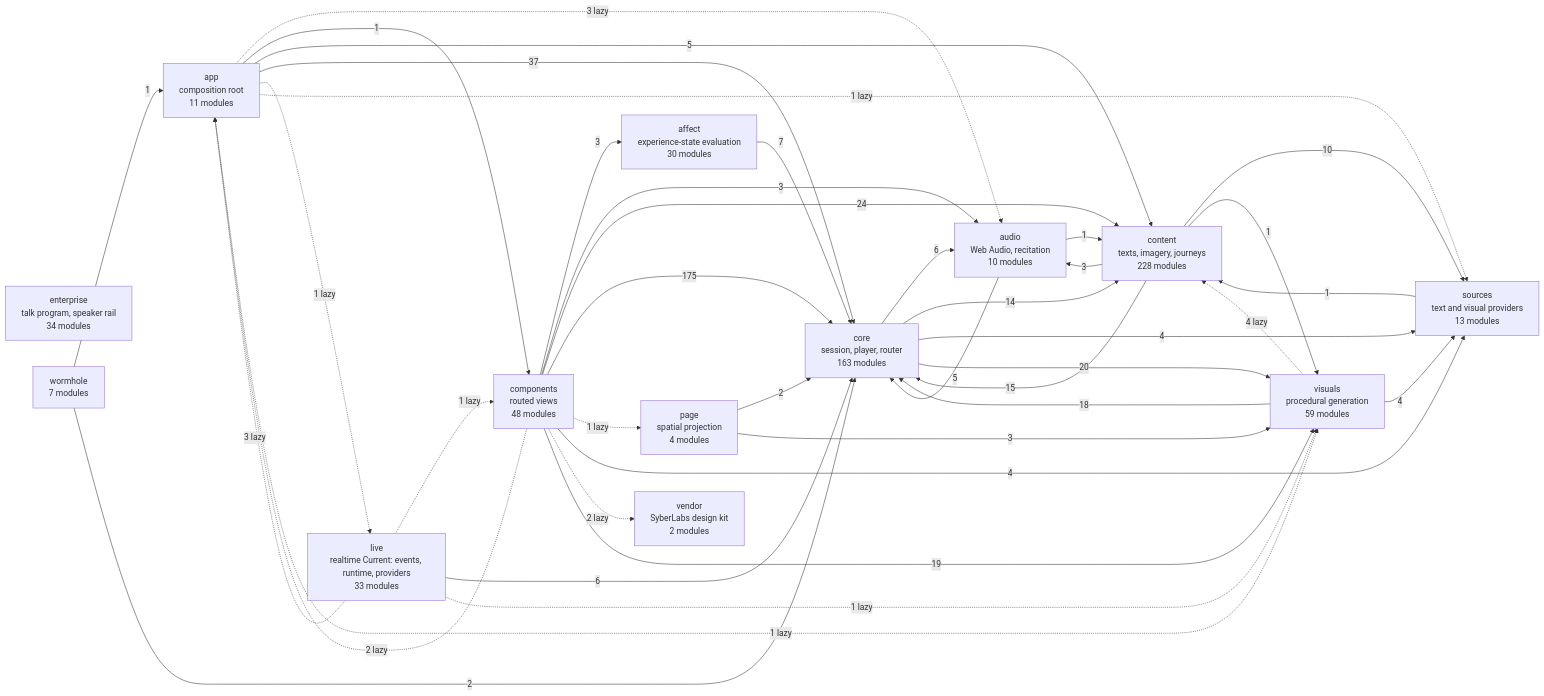
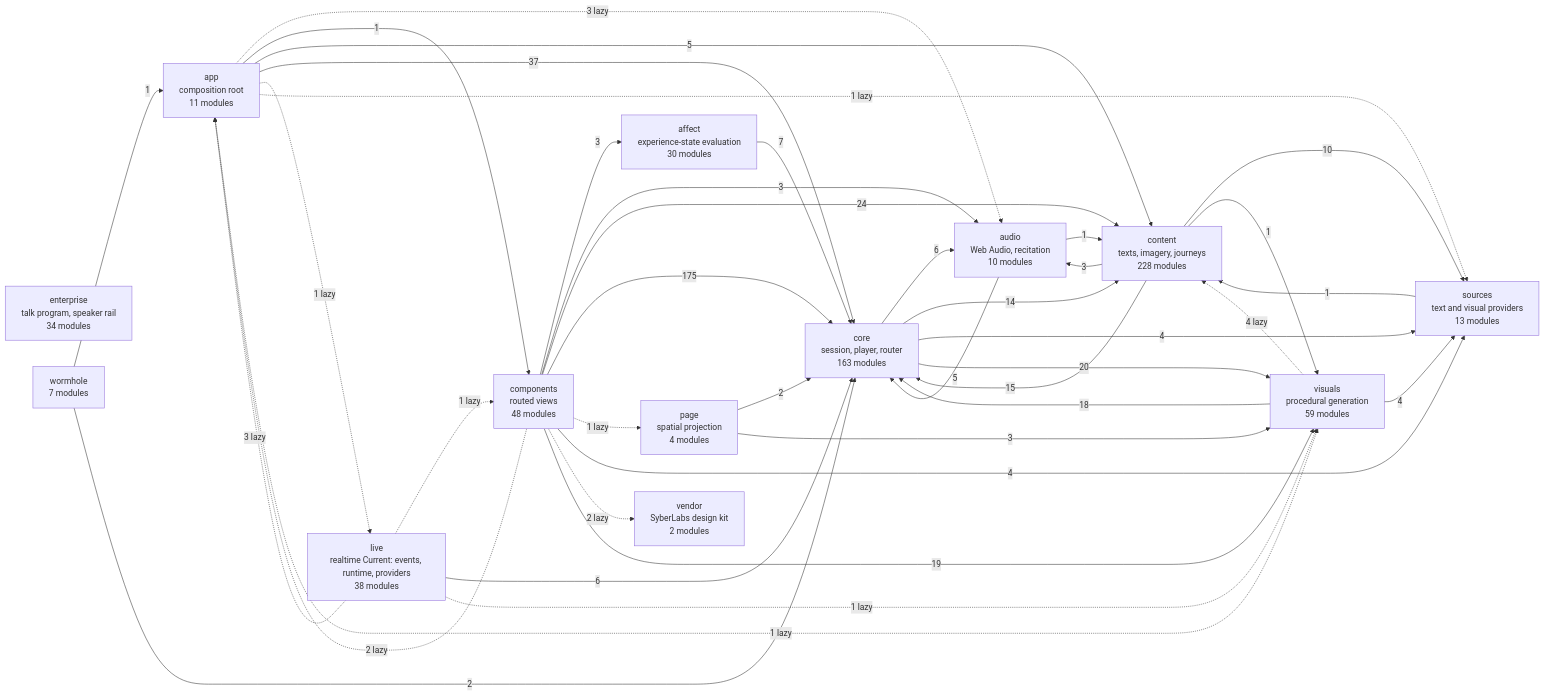
Before and after one commit to SyberLabs/RISE: the diagram in docs/specs/ARCHITECTURE.md, drawn with Mermaid. The commit also changed other lines of this file and 32 other files, not shown here.

````diff
--- a/docs/specs/ARCHITECTURE.md
+++ b/docs/specs/ARCHITECTURE.md
@@ -160,56 +160,56 @@
 ```mermaid
 flowchart LR
     affect["affect<br/>experience-state evaluation<br/>30 modules"]
     app["app<br/>composition root<br/>11 modules"]
     audio["audio<br/>Web Audio, recitation<br/>10 modules"]
     components["components<br/>routed views<br/>48 modules"]
     content["content<br/>texts, imagery, journeys<br/>228 modules"]
     core["core<br/>session, player, router<br/>163 modules"]
     enterprise["enterprise<br/>talk program, speaker rail<br/>34 modules"]
-    live["live<br/>realtime Current: events, runtime, providers<br/>33 modules"]
+    live["live<br/>realtime Current: events, runtime, providers<br/>38 modules"]
     page["page<br/>spatial projection<br/>4 modules"]
     sources["sources<br/>text and visual providers<br/>13 modules"]
     vendor["vendor<br/>SyberLabs design kit<br/>2 modules"]
     visuals["visuals<br/>procedural generation<br/>59 modules"]
     wormhole["wormhole<br/>7 modules"]
 
     affect --> |7| core
     app -.-> |3 lazy| audio
     app --> |1| components
     app --> |5| content
     app --> |37| core
     app -.-> |1 lazy| live
     app -.-> |1 lazy| sources
     app -.-> |1 lazy| visuals
     audio --> |1| content
     audio --> |5| core
     components --> |3| affect
     components -.-> |2 lazy| app
     components --> |3| audio
     components --> |24| content
     components --> |175| core
     components -.-> |1 lazy| page
     components --> |4| sources
     components -.-> |2 lazy| vendor
     components --> |19| visuals
     content --> |3| audio
     content --> |15| core
     content --> |10| sources
     content --> |1| visuals
     core --> |6| audio
     core --> |14| content
     core --> |4| sources
     core --> |20| visuals
     live -.-> |3 lazy| app
     live -.-> |1 lazy| components
     live --> |6| core
     live -.-> |1 lazy| visuals
     page --> |2| core
     page --> |3| visuals
     sources --> |1| content
     visuals -.-> |4 lazy| content
     visuals --> |18| core
     visuals --> |4| sources
     wormhole --> |1| app
     wormhole --> |2| core
 ```
````
